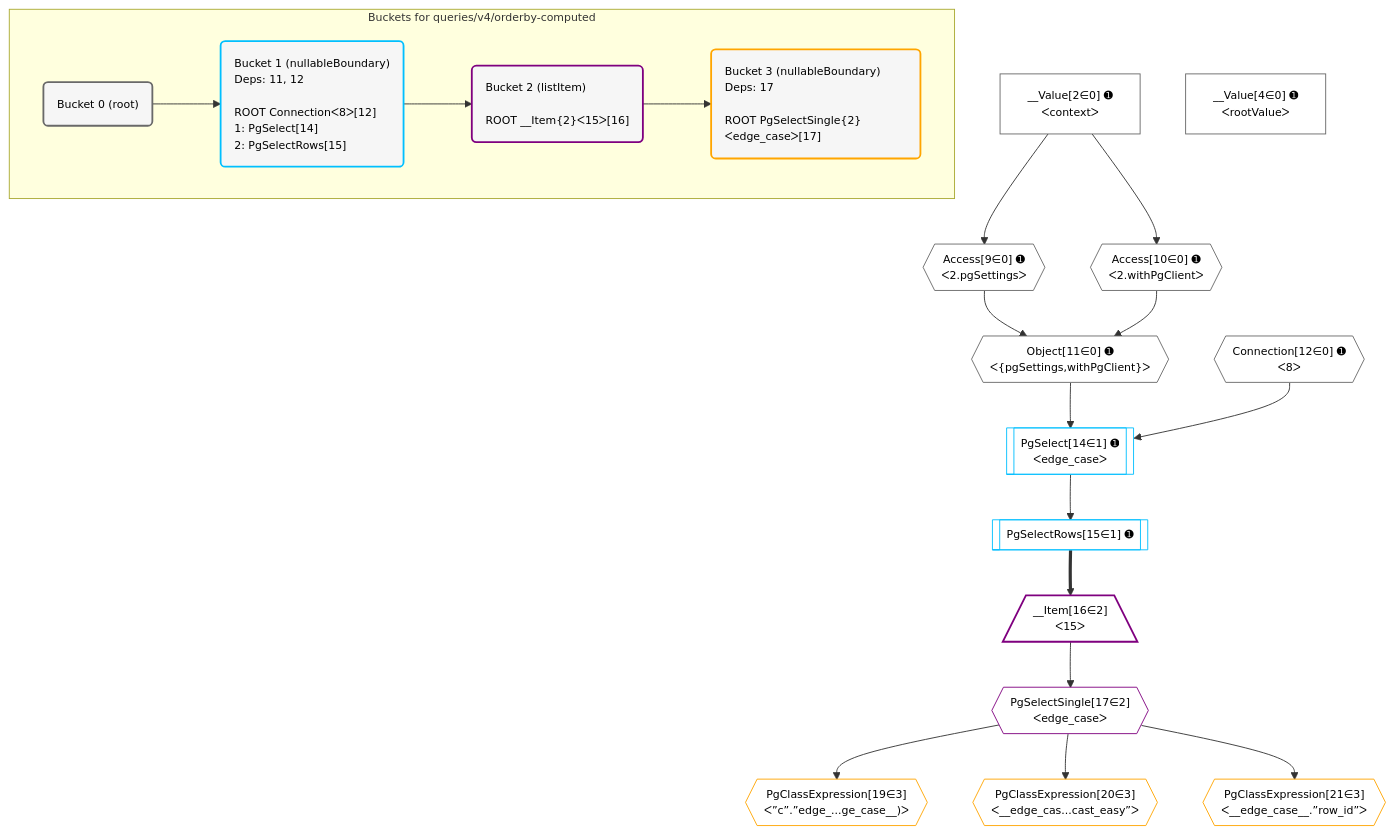
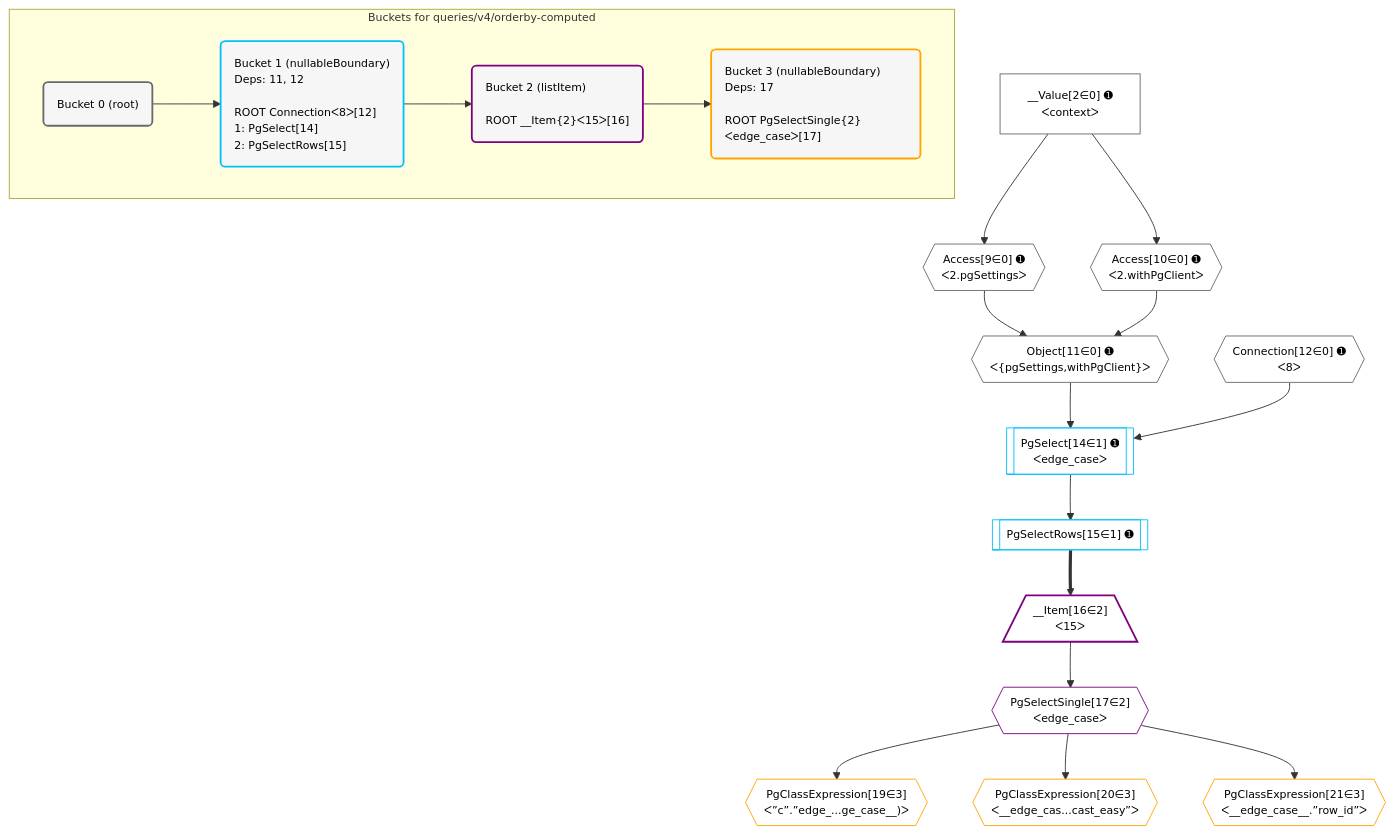
Before and after one commit to graphile/crystal: the diagram in postgraphile/postgraphile/__tests__/queries/v4/orderby-computed.mermaid, drawn with Mermaid.

Commit message:
Update snapshot

```diff
--- a/postgraphile/postgraphile/__tests__/queries/v4/orderby-computed.mermaid
+++ b/postgraphile/postgraphile/__tests__/queries/v4/orderby-computed.mermaid
@@ -1,54 +1,52 @@
 %%{init: {'themeVariables': { 'fontSize': '12px'}}}%%
 graph TD
     classDef path fill:#eee,stroke:#000,color:#000
     classDef plan fill:#fff,stroke-width:1px,color:#000
     classDef itemplan fill:#fff,stroke-width:2px,color:#000
     classDef unbatchedplan fill:#dff,stroke-width:1px,color:#000
     classDef sideeffectplan fill:#fcc,stroke-width:2px,color:#000
     classDef bucket fill:#f6f6f6,color:#000,stroke-width:2px,text-align:left
 
+    subgraph "Buckets for queries/v4/orderby-computed"
+    Bucket0("Bucket 0 (root)"):::bucket
+    Bucket1("Bucket 1 (nullableBoundary)<br />Deps: 11, 12<br /><br />ROOT Connectionᐸ8ᐳ[12]<br />1: PgSelect[14]<br />2: PgSelectRows[15]"):::bucket
+    Bucket2("Bucket 2 (listItem)<br /><br />ROOT __Item{2}ᐸ15ᐳ[16]"):::bucket
+    Bucket3("Bucket 3 (nullableBoundary)<br />Deps: 17<br /><br />ROOT PgSelectSingle{2}ᐸedge_caseᐳ[17]"):::bucket
+    end
+    Bucket0 --> Bucket1
+    Bucket1 --> Bucket2
+    Bucket2 --> Bucket3
 
     %% plan dependencies
     Object11{{"Object[11∈0] ➊<br />ᐸ{pgSettings,withPgClient}ᐳ"}}:::plan
     Access9{{"Access[9∈0] ➊<br />ᐸ2.pgSettingsᐳ"}}:::plan
     Access10{{"Access[10∈0] ➊<br />ᐸ2.withPgClientᐳ"}}:::plan
     Access9 & Access10 --> Object11
     __Value2["__Value[2∈0] ➊<br />ᐸcontextᐳ"]:::plan
     __Value2 --> Access9
     __Value2 --> Access10
-    __Value4["__Value[4∈0] ➊<br />ᐸrootValueᐳ"]:::plan
     Connection12{{"Connection[12∈0] ➊<br />ᐸ8ᐳ"}}:::plan
     PgSelect14[["PgSelect[14∈1] ➊<br />ᐸedge_caseᐳ"]]:::plan
     Object11 & Connection12 --> PgSelect14
     PgSelectRows15[["PgSelectRows[15∈1] ➊"]]:::plan
     PgSelect14 --> PgSelectRows15
     __Item16[/"__Item[16∈2]<br />ᐸ15ᐳ"\]:::itemplan
     PgSelectRows15 ==> __Item16
     PgSelectSingle17{{"PgSelectSingle[17∈2]<br />ᐸedge_caseᐳ"}}:::plan
     __Item16 --> PgSelectSingle17
     PgClassExpression19{{"PgClassExpression[19∈3]<br />ᐸ”c”.”edge_...ge_case__)ᐳ"}}:::plan
     PgSelectSingle17 --> PgClassExpression19
     PgClassExpression20{{"PgClassExpression[20∈3]<br />ᐸ__edge_cas...cast_easy”ᐳ"}}:::plan
     PgSelectSingle17 --> PgClassExpression20
     PgClassExpression21{{"PgClassExpression[21∈3]<br />ᐸ__edge_case__.”row_id”ᐳ"}}:::plan
     PgSelectSingle17 --> PgClassExpression21
 
     %% define steps
-
-    subgraph "Buckets for queries/v4/orderby-computed"
-    Bucket0("Bucket 0 (root)"):::bucket
     classDef bucket0 stroke:#696969
-    class Bucket0,__Value2,__Value4,Access9,Access10,Object11,Connection12 bucket0
-    Bucket1("Bucket 1 (nullableBoundary)<br />Deps: 11, 12<br /><br />ROOT Connectionᐸ8ᐳ[12]<br />1: PgSelect[14]<br />2: PgSelectRows[15]"):::bucket
+    class Bucket0,__Value2,Access9,Access10,Object11,Connection12 bucket0
     classDef bucket1 stroke:#00bfff
     class Bucket1,PgSelect14,PgSelectRows15 bucket1
-    Bucket2("Bucket 2 (listItem)<br /><br />ROOT __Item{2}ᐸ15ᐳ[16]"):::bucket
     classDef bucket2 stroke:#7f007f
     class Bucket2,__Item16,PgSelectSingle17 bucket2
-    Bucket3("Bucket 3 (nullableBoundary)<br />Deps: 17<br /><br />ROOT PgSelectSingle{2}ᐸedge_caseᐳ[17]"):::bucket
     classDef bucket3 stroke:#ffa500
     class Bucket3,PgClassExpression19,PgClassExpression20,PgClassExpression21 bucket3
-    Bucket0 --> Bucket1
-    Bucket1 --> Bucket2
-    Bucket2 --> Bucket3
-    end
```
